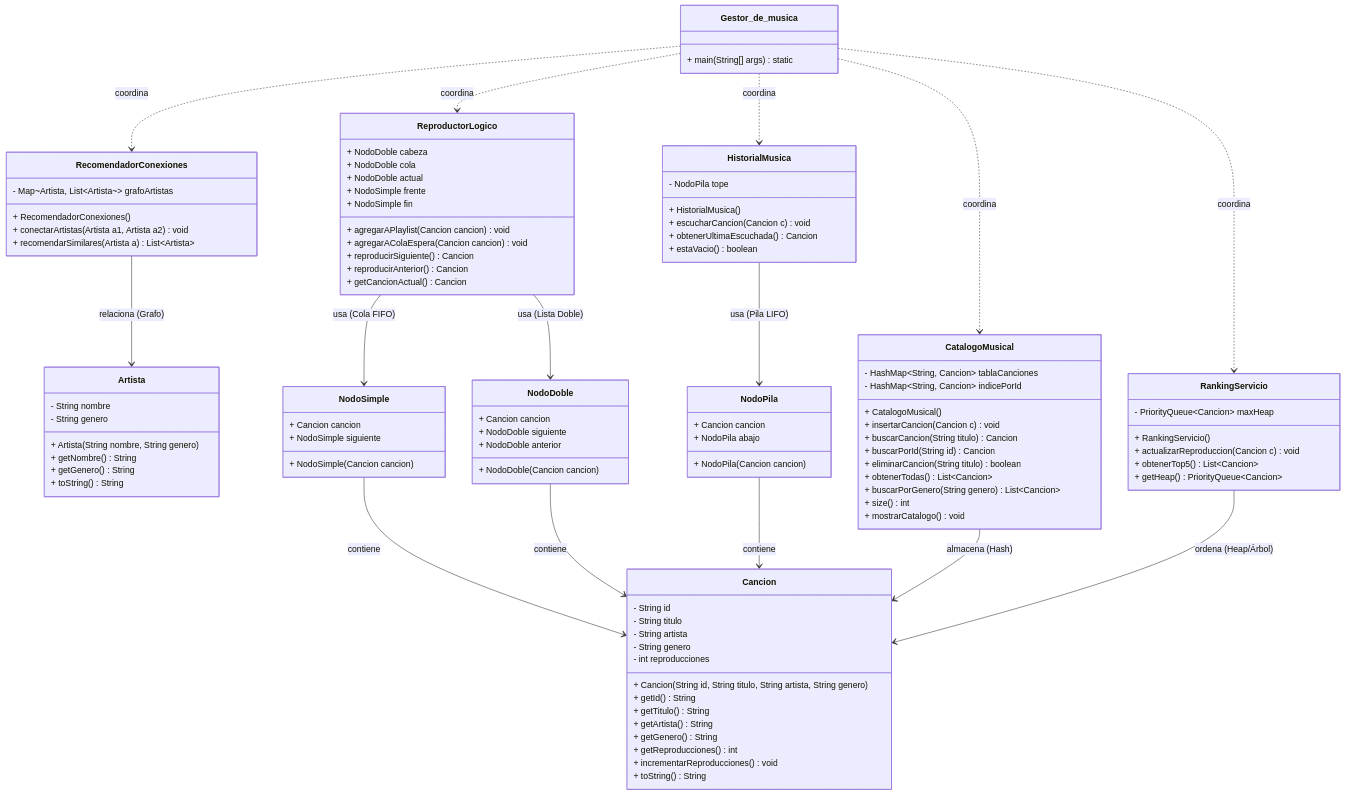
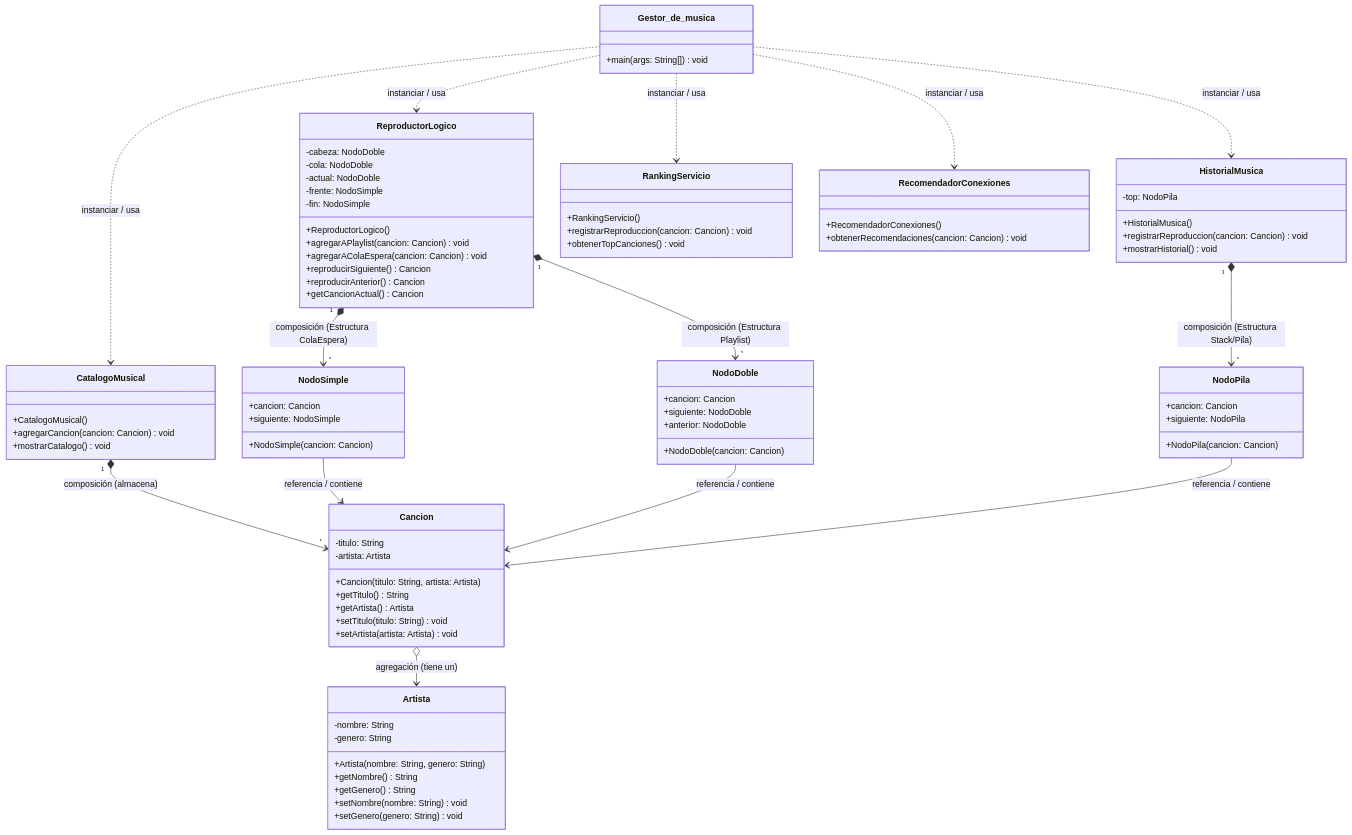
Before and after one commit to JuanJoToAl/Gestor-de-m-sica: the diagram in README.md, drawn with Mermaid.

Commit message:
Update UML diagram in README.md
Refactor UML diagram in README to improve clarity and structure.

````diff
--- a/README.md
+++ b/README.md
@@ -5,124 +5,101 @@
 ```mermaid
 classDiagram
-    direction TB
+    class Gestor_de_musica {
+        +main(args: String[]) void
+    }
 
-    %% --- ENTIDADES BÁSICAS ---
     class Artista {
-        - String nombre
-        - String genero
-        + Artista(String nombre, String genero)
-        + getNombre() String
-        + getGenero() String
-        + toString() String
+        -nombre: String
+        -genero: String
+        +Artista(nombre: String, genero: String)
+        +getNombre() String
+        +getGenero() String
+        +setNombre(nombre: String) void
+        +setGenero(genero: String) void
     }
 
     class Cancion {
-        - String id
-        - String titulo
-        - String artista
-        - String genero
-        - int reproducciones
-        + Cancion(String id, String titulo, String artista, String genero)
-        + getId() String
-        + getTitulo() String
-        + getArtista() String
-        + getGenero() String
-        + getReproducciones() int
-        + incrementarReproducciones() void
-        + toString() String
+        -titulo: String
+        -artista: Artista
+        +Cancion(titulo: String, artista: Artista)
+        +getTitulo() String
+        +getArtista() Artista
+        +setTitulo(titulo: String) void
+        +setArtista(artista: Artista) void
     }
 
-    %% --- NODOS ESTRUCTURALES ---
+    class CatalogoMusical {
+        +CatalogoMusical()
+        +agregarCancion(cancion: Cancion) void
+        +mostrarCatalogo() void
+    }
+
+    class ReproductorLogico {
+        -cabeza: NodoDoble
+        -cola: NodoDoble
+        -actual: NodoDoble
+        -frente: NodoSimple
+        -fin: NodoSimple
+        +ReproductorLogico()
+        +agregarAPlaylist(cancion: Cancion) void
+        +agregarAColaEspera(cancion: Cancion) void
+        +reproducirSiguiente() Cancion
+        +reproducirAnterior() Cancion
+        +getCancionActual() Cancion
+    }
+
+    class HistorialMusica {
+        -top: NodoPila
+        +HistorialMusica()
+        +registrarReproduccion(cancion: Cancion) void
+        +mostrarHistorial() void
+    }
+
+    class RankingServicio {
+        +RankingServicio()
+        +registrarReproduccion(cancion: Cancion) void
+        +obtenerTopCanciones() void
+    }
+
+    class RecomendadorConexiones {
+        +RecomendadorConexiones()
+        +obtenerRecomendaciones(cancion: Cancion) void
+    }
+
     class NodoSimple {
-        + Cancion cancion
-        + NodoSimple siguiente
-        + NodoSimple(Cancion cancion)
+        +cancion: Cancion
+        +siguiente: NodoSimple
+        +NodoSimple(cancion: Cancion)
     }
 
     class NodoDoble {
-        + Cancion cancion
-        + NodoDoble siguiente
-        + NodoDoble anterior
-        + NodoDoble(Cancion cancion)
+        +cancion: Cancion
+        +siguiente: NodoDoble
+        +anterior: NodoDoble
+        +NodoDoble(cancion: Cancion)
     }
 
     class NodoPila {
-        + Cancion cancion
-        + NodoPila abajo
-        + NodoPila(Cancion cancion)
+        +cancion: Cancion
+        +siguiente: NodoPila
+        +NodoPila(cancion: Cancion)
     }
 
-    %% --- MÓDULOS DEL SISTEMA ---
-    class CatalogoMusical {
-        - HashMap~String, Cancion~ tablaCanciones
-        - HashMap~String, Cancion~ indicePorId
-        + CatalogoMusical()
-        + insertarCancion(Cancion c) void
-        + buscarCancion(String titulo) Cancion
-        + buscarPorId(String id) Cancion
-        + eliminarCancion(String titulo) boolean
-        + obtenerTodas() List~Cancion~
-        + buscarPorGenero(String genero) List~Cancion~
-        + size() int
-        + mostrarCatalogo() void
-    }
-
-    class ReproductorLogico {
-        + NodoDoble cabeza
-        + NodoDoble cola
-        + NodoDoble actual
-        + NodoSimple frente
-        + NodoSimple fin
-        + agregarAPlaylist(Cancion cancion) void
-        + agregarAColaEspera(Cancion cancion) void
-        + reproducirSiguiente() Cancion
-        + reproducirAnterior() Cancion
-        + getCancionActual() Cancion
-    }
-
-    class RankingServicio {
-        - PriorityQueue~Cancion~ maxHeap
-        + RankingServicio()
-        + actualizarReproduccion(Cancion c) void
-        + obtenerTop5() List~Cancion~
-        + getHeap() PriorityQueue~Cancion~
-    }
-
-    class HistorialMusica {
-        - NodoPila tope
-        + HistorialMusica()
-        + escucharCancion(Cancion c) void
-        + obtenerUltimaEscuchada() Cancion
-        + estaVacio() boolean
-    }
-
-    class RecomendadorConexiones {
-        - Map~Artista, List~Artista~~ grafoArtistas
-        + RecomendadorConexiones()
-        + conectarArtistas(Artista a1, Artista a2) void
-        + recomendarSimilares(Artista a) List~Artista~
-    }
-
-    class Gestor_de_musica {
-        + main(String[] args) static
-    }
-
-    %% --- RELACIONES DE ESTRUCTURA Y COMPOSICIÓN ---
-    NodoSimple --> Cancion : contiene
-    NodoDoble --> Cancion : contiene
-    NodoPila --> Cancion : contiene
-
-    CatalogoMusical --> Cancion : almacena (Hash)
-    RankingServicio --> Cancion : ordena (Heap/Árbol)
-    RecomendadorConexiones --> Artista : relaciona (Grafo)
-
-    ReproductorLogico --> NodoDoble : usa (Lista Doble)
-    ReproductorLogico --> NodoSimple : usa (Cola FIFO)
-    HistorialMusica --> NodoPila : usa (Pila LIFO)
-
-    Gestor_de_musica ..> CatalogoMusical : coordina
-    Gestor_de_musica ..> ReproductorLogico : coordina
-    Gestor_de_musica ..> RankingServicio : coordina
-    Gestor_de_musica ..> HistorialMusica : coordina
-    Gestor_de_musica ..> RecomendadorConexiones : coordina
+    %% --- RELACIONES DEL SISTEMA ---
+    Gestor_de_musica ..> CatalogoMusical : instanciar / usa
+    Gestor_de_musica ..> ReproductorLogico : instanciar / usa
+    Gestor_de_musica ..> RankingServicio : instanciar / usa
+    Gestor_de_musica ..> HistorialMusica : instanciar / usa
+    Gestor_de_musica ..> RecomendadorConexiones : instanciar / usa
+    
+    Cancion o--> Artista : agregación (tiene un)
+    CatalogoMusical "1" *--> "*" Cancion : composición (almacena)
+    
+    ReproductorLogico "1" *--> "*" NodoDoble : composición (Estructura Playlist)
+    ReproductorLogico "1" *--> "*" NodoSimple : composición (Estructura ColaEspera)
+    HistorialMusica "1" *--> "*" NodoPila : composición (Estructura Stack/Pila)
+    
+    NodoSimple --> Cancion : referencia / contiene
+    NodoDoble --> Cancion : referencia / contiene
+    NodoPila --> Cancion : referencia / contiene
 ```
````
